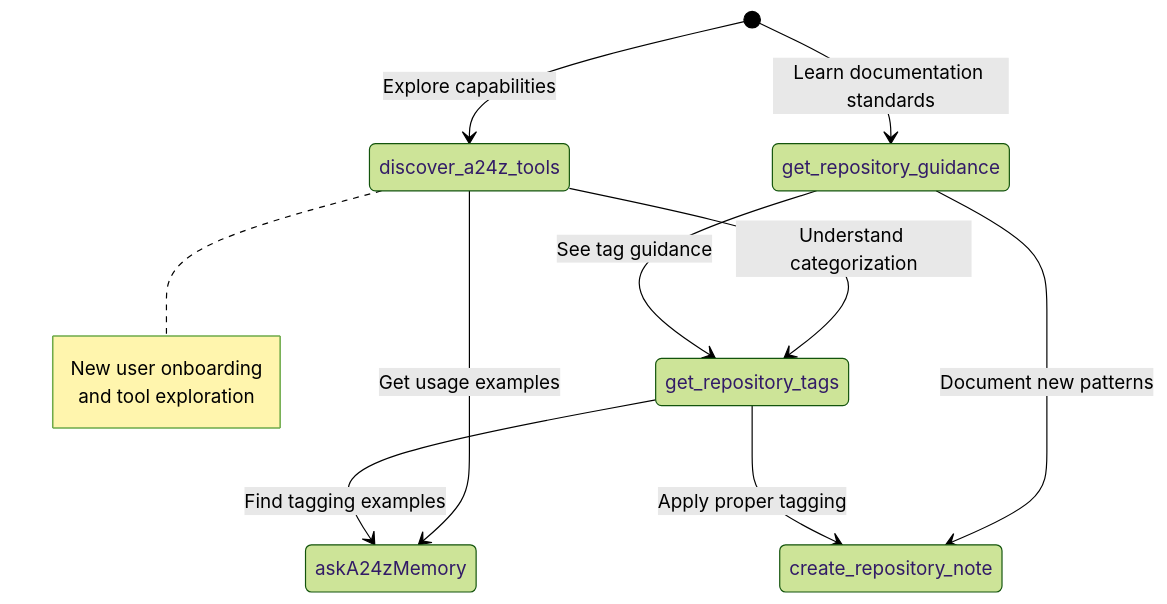
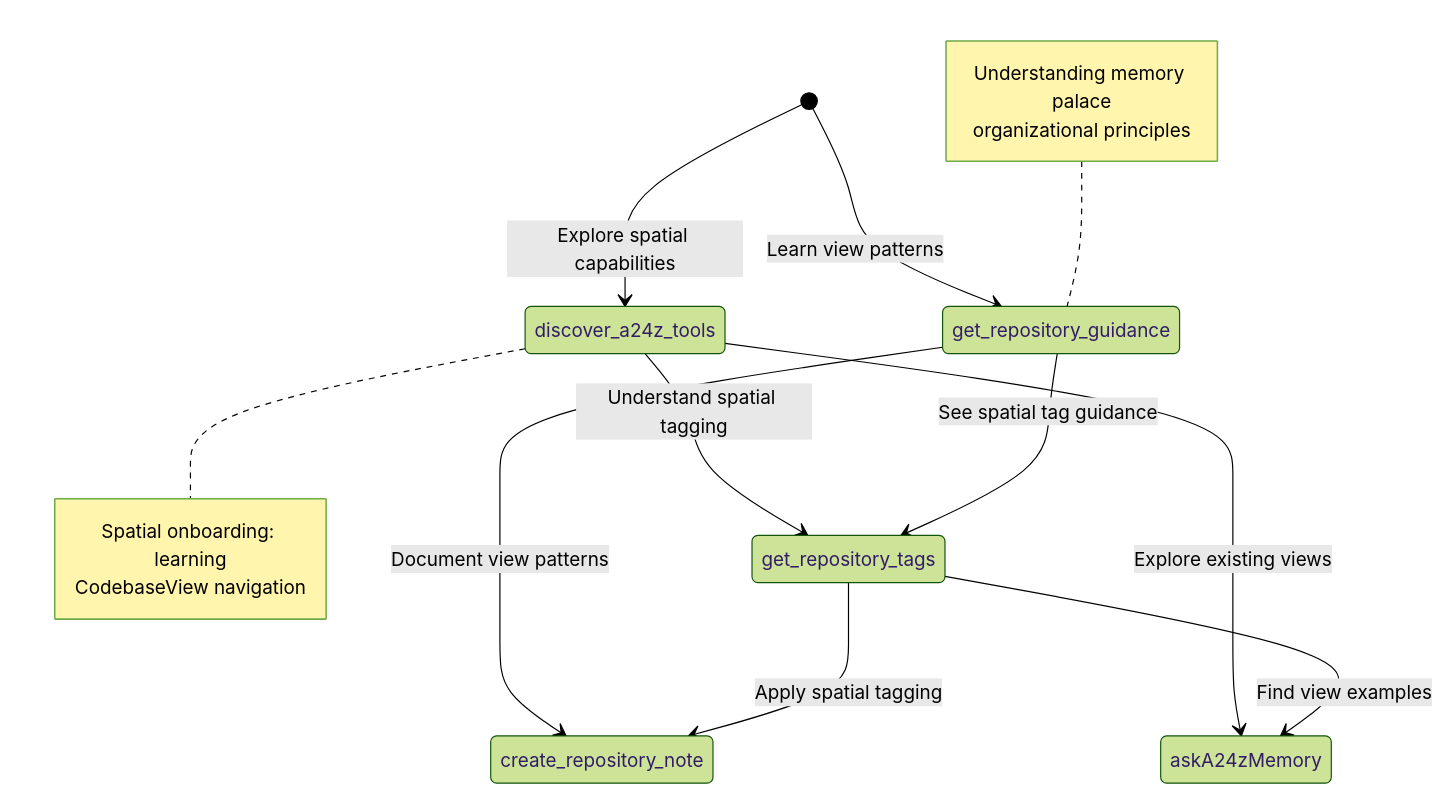
One commit to a24z-ai/a24z-memory changed the third of 3 diagrams in docs/tool-workflows/main-workflow.md. Above: the diagram before and after it, drawn with Mermaid (forest theme). The commit also changed other lines of this file and 71 other files, not shown here.

First line of the commit message:
feat: replace AskA24zMemoryTool with ListCodebaseViewsTool

````diff
--- a/docs/tool-workflows/main-workflow.md
+++ b/docs/tool-workflows/main-workflow.md
@@ -63,19 +63,24 @@
 ```mermaid
 stateDiagram-v2
-    [*] --> discover_a24z_tools: Explore capabilities
-    [*] --> get_repository_guidance: Learn documentation standards
+    [*] --> discover_a24z_tools: Explore spatial capabilities
+    [*] --> get_repository_guidance: Learn view patterns
 
-    discover_a24z_tools --> get_repository_tags: Understand categorization
-    discover_a24z_tools --> askA24zMemory: Get usage examples
+    discover_a24z_tools --> get_repository_tags: Understand spatial tagging
+    discover_a24z_tools --> askA24zMemory: Explore existing views
 
-    get_repository_guidance --> get_repository_tags: See tag guidance
-    get_repository_guidance --> create_repository_note: Document new patterns
+    get_repository_guidance --> get_repository_tags: See spatial tag guidance
+    get_repository_guidance --> create_repository_note: Document view patterns
 
-    get_repository_tags --> create_repository_note: Apply proper tagging
-    get_repository_tags --> askA24zMemory: Find tagging examples
+    get_repository_tags --> create_repository_note: Apply spatial tagging
+    get_repository_tags --> askA24zMemory: Find view examples
 
     note right of discover_a24z_tools
-        New user onboarding
-        and tool exploration
+        Spatial onboarding: learning
+        CodebaseView navigation
+    end note
+
+    note left of get_repository_guidance
+        Understanding memory palace
+        organizational principles
     end note
 ```
````
